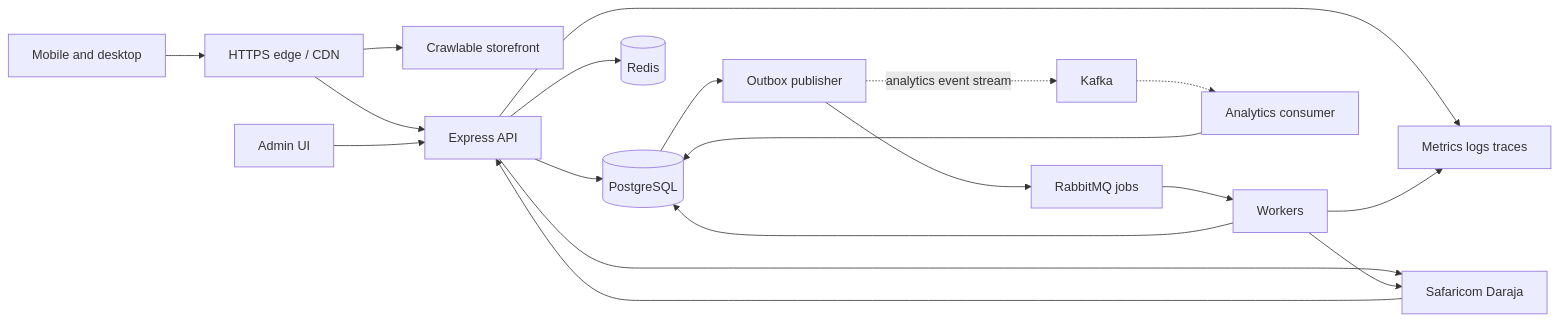
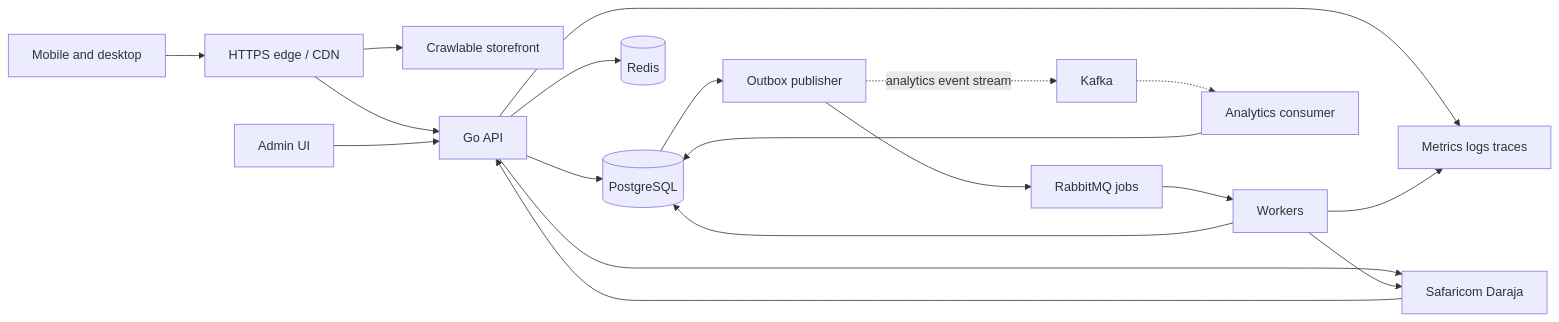
One commit to dev-bramwel/Bliss-Atelier-Perfumes changed the diagram in docs/architecture.md. Above: the diagram before and after it, drawn with Mermaid. The commit also changed other lines of this file and 18 other files, not shown here.

````diff
--- a/docs/architecture.md
+++ b/docs/architecture.md
@@ -5,21 +5,21 @@
 ```mermaid
 flowchart LR
   U[Mobile and desktop] --> E[HTTPS edge / CDN]
   E --> S[Crawlable storefront]
-  E --> A[Express API]
+  E --> A[Go API]
   AD[Admin UI] --> A
   A --> P[(PostgreSQL)]
   A --> R[(Redis)]
   A --> M[Safaricom Daraja]
   M --> A
   P --> O[Outbox publisher]
   O --> Q[RabbitMQ jobs]
   Q --> W[Workers]
   W --> P
   W --> M
   O -. analytics event stream .-> K[Kafka]
   K -.-> AN[Analytics consumer]
   AN --> P
   A --> T[Metrics logs traces]
   W --> T
 ```
````
